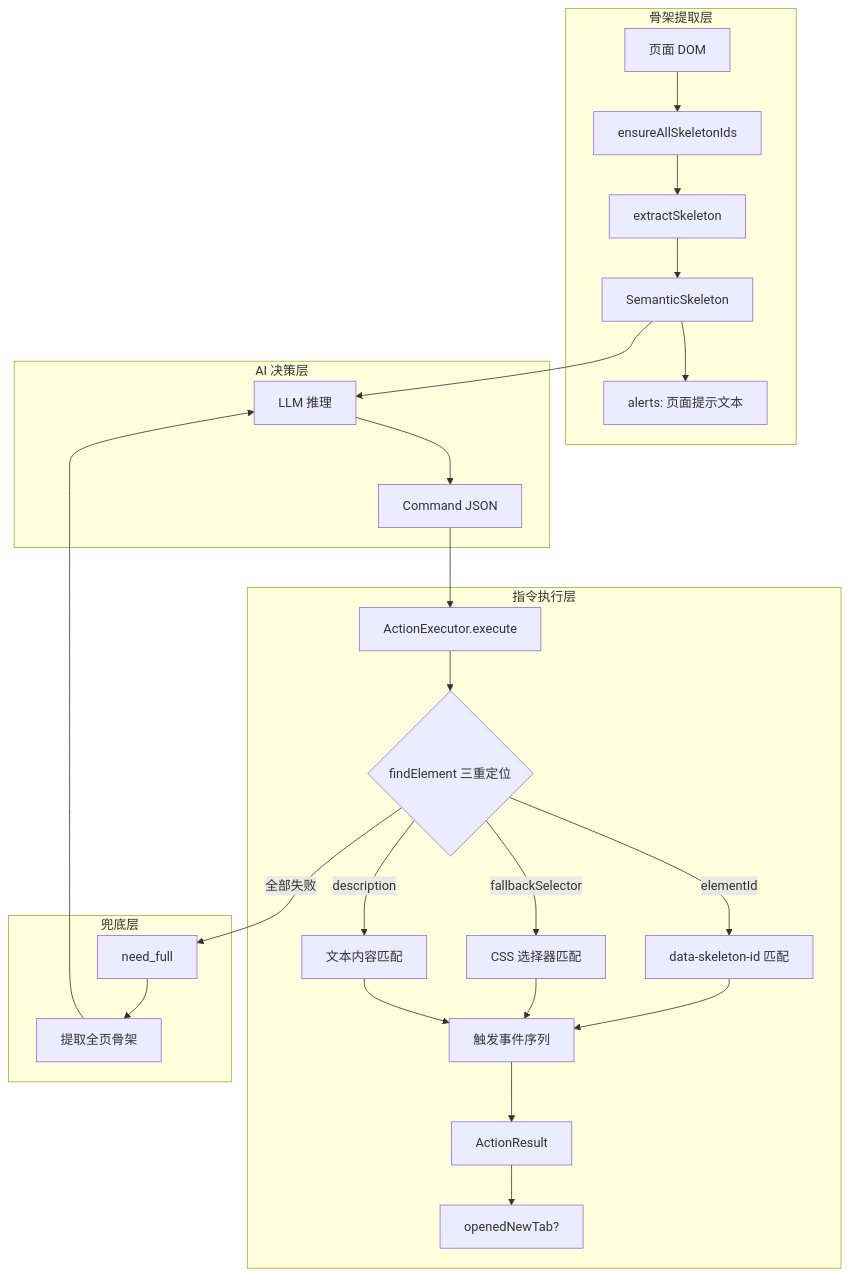
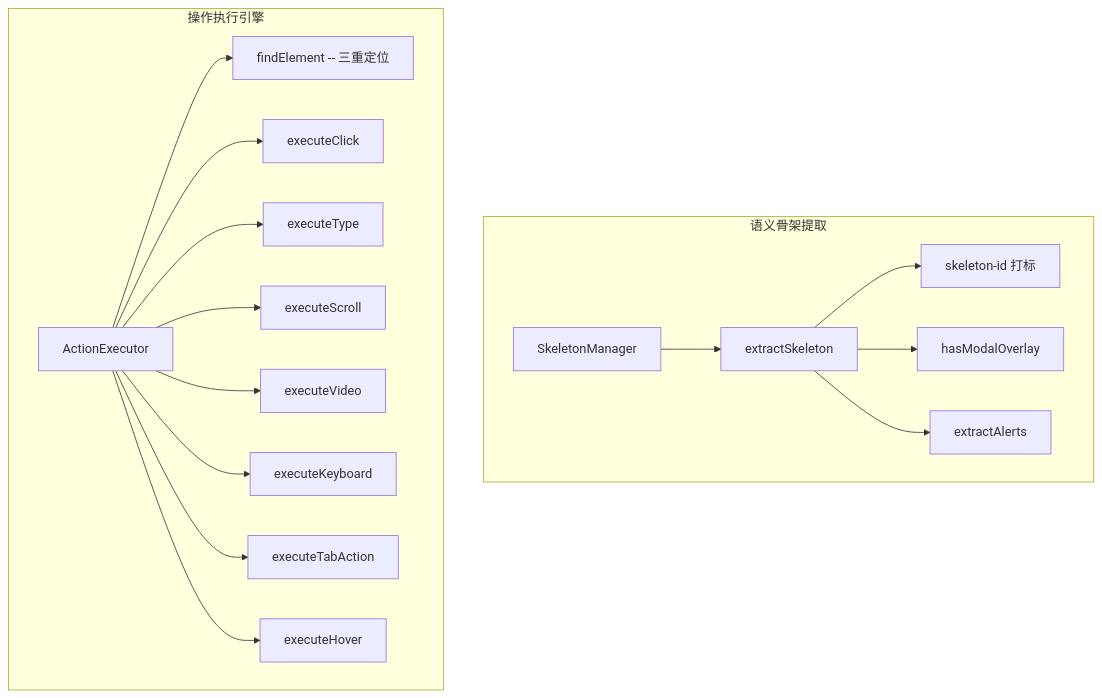
The diagram in docs/architecture/browser-command.md (zw123zw/ai-browser), drawn with Mermaid before and after one commit. The commit also changed other lines of this file and 42 other files, not shown here.

````diff
--- a/docs/architecture/browser-command.md
+++ b/docs/architecture/browser-command.md
@@ -9,33 +7,35 @@
 ```mermaid
-flowchart TD
-    subgraph 骨架提取层
-        A[页面 DOM] --> B[ensureAllSkeletonIds]
-        B --> C[extractSkeleton]
-        C --> D[SemanticSkeleton]
-        D --> D2[alerts: 页面提示文本]
+graph TB
+    subgraph Skeleton["语义骨架提取"]
+        SM[SkeletonManager]
+        ES[extractSkeleton]
+        SI[skeleton-id 打标]
+        Modal[hasModalOverlay]
+        Alerts[extractAlerts]
     end
 
-    subgraph AI 决策层
-        D --> E[LLM 推理]
-        E --> F[Command JSON]
+    subgraph Executor["操作执行引擎"]
+        AE[ActionExecutor]
+        FindEl[findElement -- 三重定位]
+        Click[executeClick]
+        Type[executeType]
+        Scroll[executeScroll]
+        Video[executeVideo]
+        Keyboard[executeKeyboard]
+        Tab[executeTabAction]
+        Hover[executeHover]
     end
 
-    subgraph 指令执行层
-        F --> G[ActionExecutor.execute]
-        G --> H{findElement 三重定位}
-        H -->|elementId| I[data-skeleton-id 匹配]
-        H -->|fallbackSelector| J[CSS 选择器匹配]
-        H -->|description| K[文本内容匹配]
-        I --> L[触发事件序列]
-        J --> L
-        K --> L
-        L --> M[ActionResult]
-        M --> M2[openedNewTab?]
-    end
-
-    subgraph 兜底层
-        H -->|全部失败| N[need_full]
-        N --> O[提取全页骨架]
-        O --> E
-    end
+    SM --> ES
+    ES --> SI
+    ES --> Modal
+    ES --> Alerts
+    AE --> FindEl
+    AE --> Click
+    AE --> Type
+    AE --> Scroll
+    AE --> Video
+    AE --> Keyboard
+    AE --> Tab
+    AE --> Hover
 ```
````
